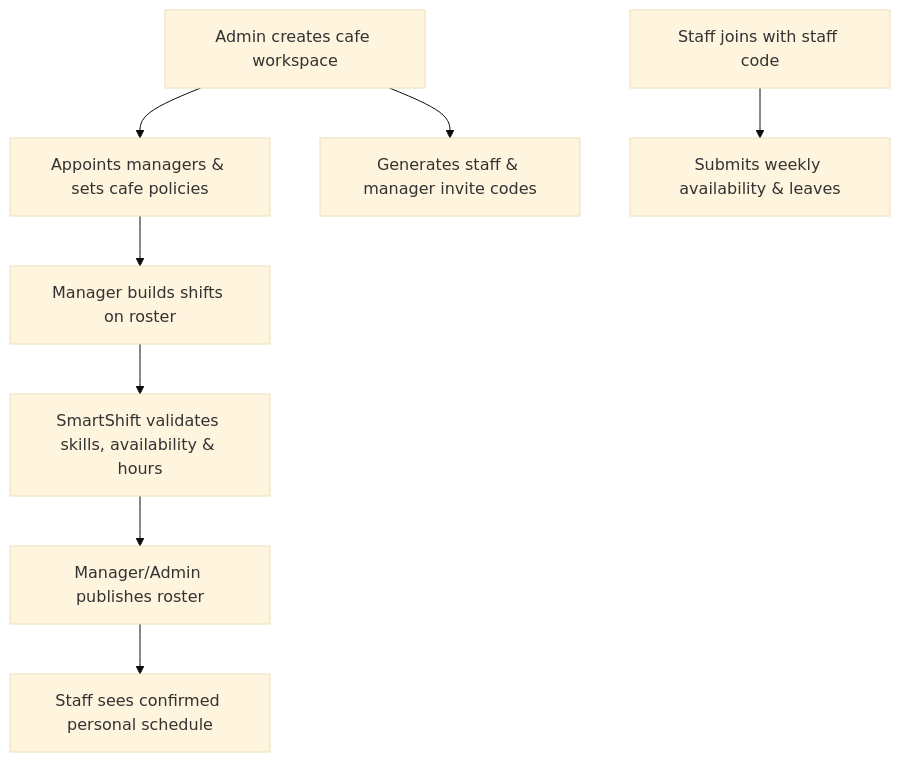
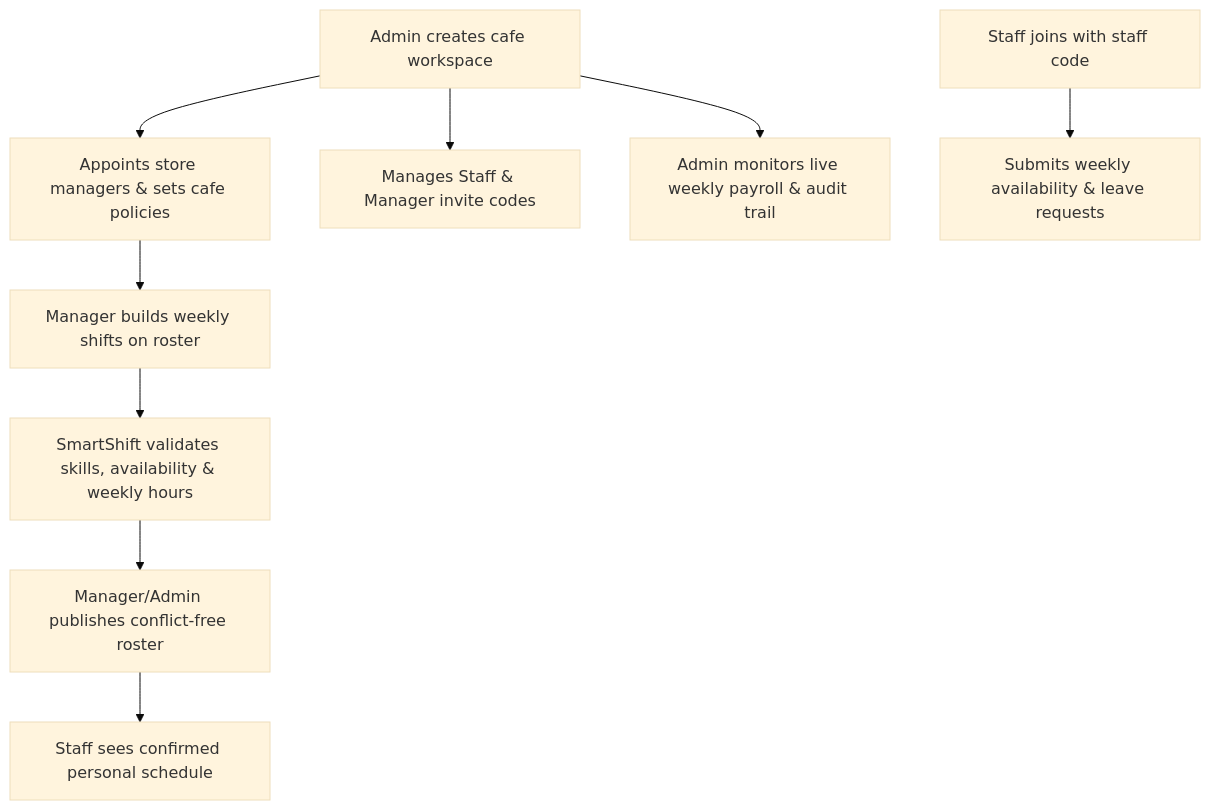
Before and after one commit to Nayana84-m/FSD_project: the diagram in README.md, drawn with Mermaid (base theme). The commit also changed other lines of this file, not shown here.

Commit message:
docs: expand README with multi-tier cafe admin architecture and demo flows

````diff
--- a/README.md
+++ b/README.md
@@ -43,10 +43,11 @@
 ```mermaid
 flowchart TD
-  A[Admin creates cafe workspace] --> B[Appoints managers & sets cafe policies]
-  A --> C[Generates staff & manager invite codes]
-  B --> D[Manager builds shifts on roster]
-  E[Staff joins with staff code] --> F[Submits weekly availability & leaves]
-  D --> G[SmartShift validates skills, availability & hours]
-  G --> H[Manager/Admin publishes roster]
+  A[Admin creates cafe workspace] --> B[Appoints store managers & sets cafe policies]
+  A --> C[Manages Staff & Manager invite codes]
+  B --> D[Manager builds weekly shifts on roster]
+  E[Staff joins with staff code] --> F[Submits weekly availability & leave requests]
+  D --> G[SmartShift validates skills, availability & weekly hours]
+  G --> H[Manager/Admin publishes conflict-free roster]
   H --> I[Staff sees confirmed personal schedule]
+  A --> J[Admin monitors live weekly payroll & audit trail]
 ```
````
